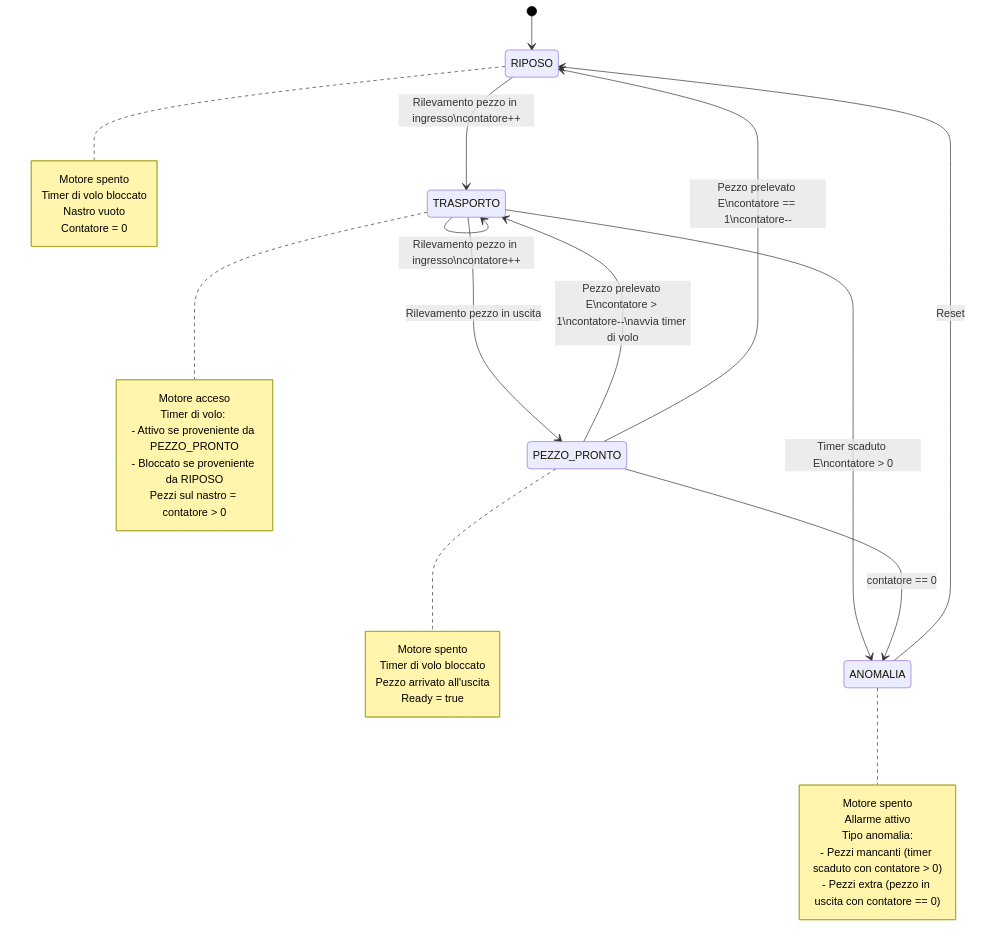
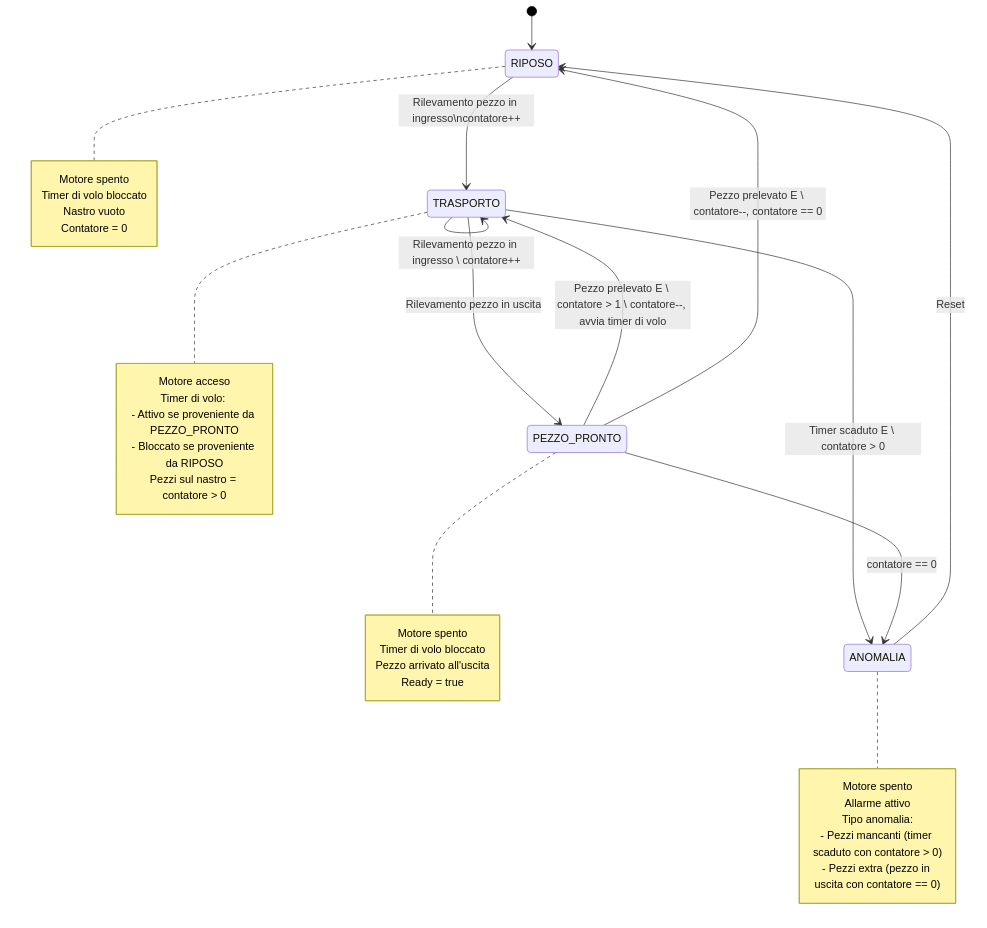
One commit to sebastianomelita/ArduinoBareMetal changed the diagram in nastrocont.md. Above: the diagram before and after it, drawn with Mermaid.

````diff
--- a/nastrocont.md
+++ b/nastrocont.md
@@ -44,47 +44,47 @@
 ```mermaid
 %%{init: {'theme': 'default', 'themeVariables': { 'primaryColor': '#ffffff', 'primaryTextColor': '#000000', 'primaryBorderColor': '#000000', 'lineColor': '#000000', 'secondaryColor': '#f4f4f4', 'tertiaryColor': '#ffffff' }}}%%
 stateDiagram-v2
     [*] --> RIPOSO
 
     RIPOSO --> TRASPORTO: Rilevamento pezzo in ingresso\ncontatore++
     
-    TRASPORTO --> TRASPORTO: Rilevamento pezzo in ingresso\ncontatore++
+    TRASPORTO --> TRASPORTO: Rilevamento pezzo in ingresso \ contatore++
     TRASPORTO --> PEZZO_PRONTO: Rilevamento pezzo in uscita
-    TRASPORTO --> ANOMALIA: Timer scaduto E\ncontatore > 0
+    TRASPORTO --> ANOMALIA: Timer scaduto E \ contatore > 0
     
-    PEZZO_PRONTO --> TRASPORTO: Pezzo prelevato E\ncontatore > 1\ncontatore--\navvia timer di volo
-    PEZZO_PRONTO --> RIPOSO: Pezzo prelevato E\ncontatore == 1\ncontatore--
+    PEZZO_PRONTO --> TRASPORTO: Pezzo prelevato E \ contatore > 1 \ contatore--, avvia timer di volo
+    PEZZO_PRONTO --> RIPOSO: Pezzo prelevato E \ contatore--, contatore == 0
     PEZZO_PRONTO --> ANOMALIA: contatore == 0
     
     ANOMALIA --> RIPOSO: Reset
     
     note right of RIPOSO
         Motore spento
         Timer di volo bloccato
         Nastro vuoto
         Contatore = 0
     end note
     
     note right of TRASPORTO
         Motore acceso
         Timer di volo: 
         - Attivo se proveniente da PEZZO_PRONTO
         - Bloccato se proveniente da RIPOSO
         Pezzi sul nastro = contatore > 0
     end note
     
     note right of PEZZO_PRONTO
         Motore spento
         Timer di volo bloccato
         Pezzo arrivato all'uscita
         Ready = true
     end note
     
     note right of ANOMALIA
         Motore spento
         Allarme attivo
         Tipo anomalia:
         - Pezzi mancanti (timer scaduto con contatore > 0)
         - Pezzi extra (pezzo in uscita con contatore == 0)
     end note
 ```
````
